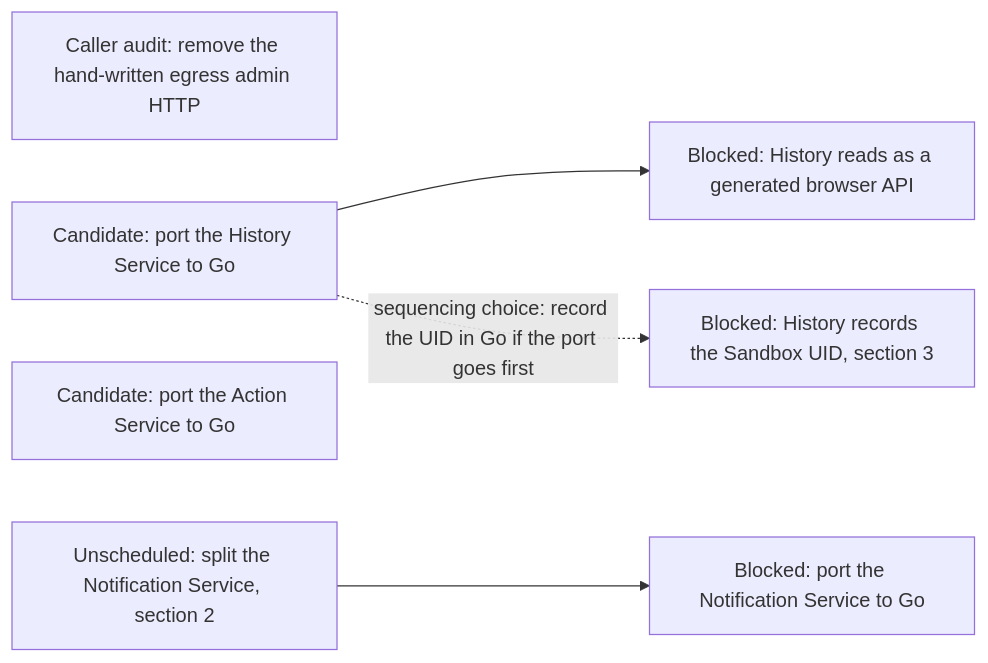
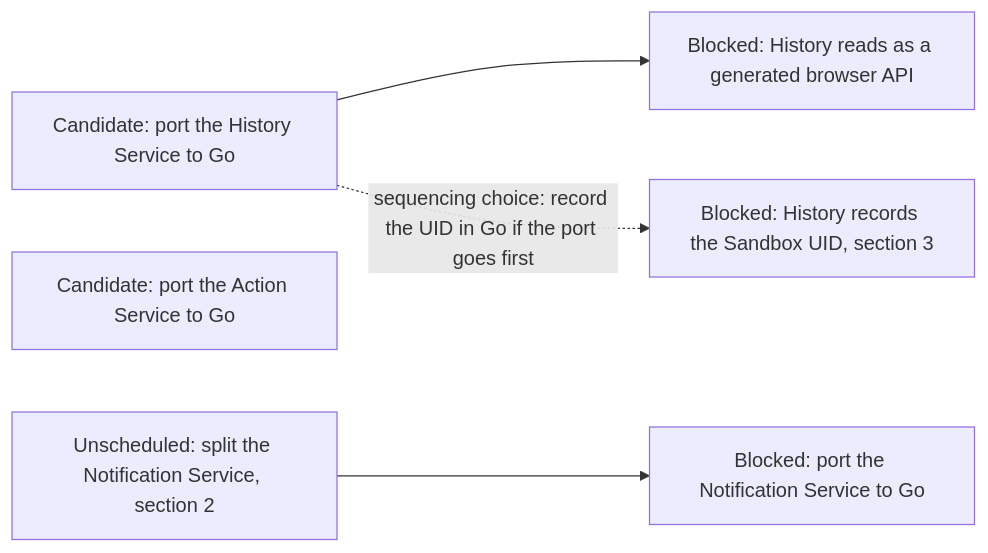
One commit to agentydragon-agent/ducktape changed diagram 17 of 17 in agentplane/plans/task_dag.md. Above: the diagram before and after it, drawn with Mermaid. The commit also changed other lines of this file and 22 other files, not shown here.

First line of the commit message:
Remove the egress admin HTTP handlers (#11172)

````diff
--- a/agentplane/plans/task_dag.md
+++ b/agentplane/plans/task_dag.md
@@ -1915,13 +1915,12 @@
 ```mermaid
 flowchart LR
-    EGRESS_ADMIN_HTTP_TEARDOWN[Caller audit: remove the hand-written egress admin HTTP]
     HISTORY_SERVICE_GO_PORT[Candidate: port the History Service to Go]
     HISTORY_READS_FACADE[Blocked: History reads as a generated browser API]
     NOTIFICATION_SERVICE_GO_PORT[Blocked: port the Notification Service to Go]
     ACTION_SERVICE_GO_PORT[Candidate: port the Action Service to Go]
     NOTIFICATION_SERVICE_SPLIT[Unscheduled: split the Notification Service, section 2]
     HISTORY_SANDBOX_UID[Blocked: History records the Sandbox UID, section 3]
     HISTORY_SERVICE_GO_PORT --> HISTORY_READS_FACADE
     NOTIFICATION_SERVICE_SPLIT --> NOTIFICATION_SERVICE_GO_PORT
     HISTORY_SERVICE_GO_PORT -. sequencing choice: record the UID in Go if the port goes first .-> HISTORY_SANDBOX_UID
 ```
````
